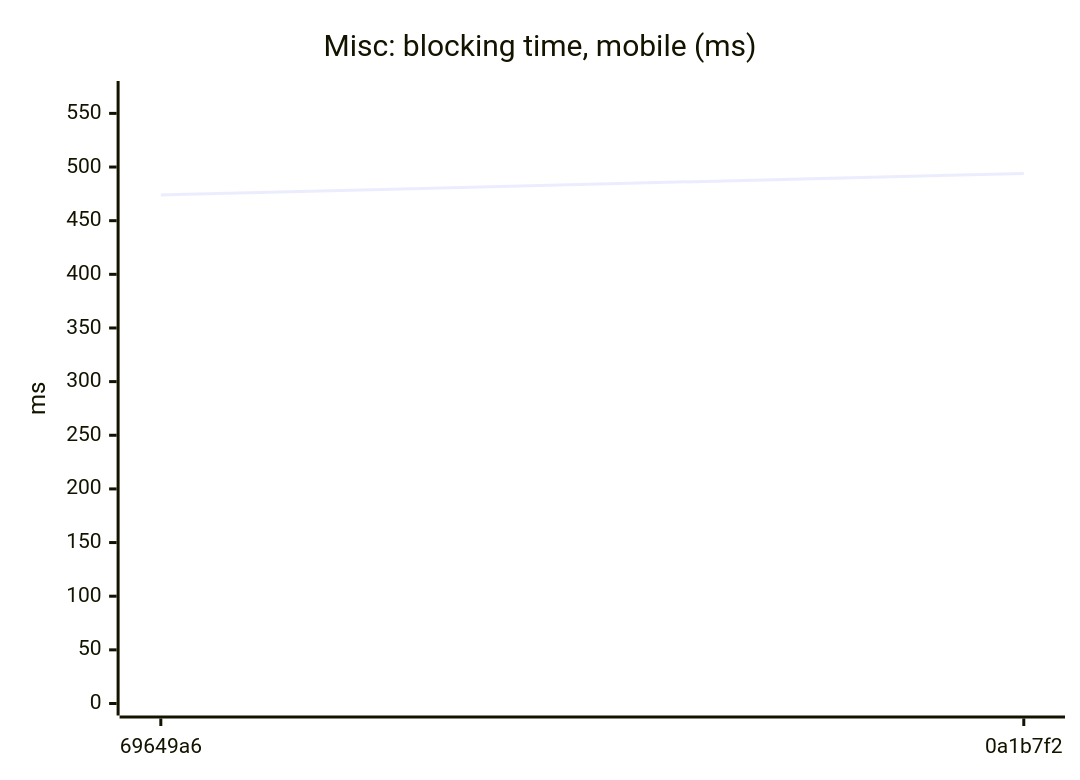
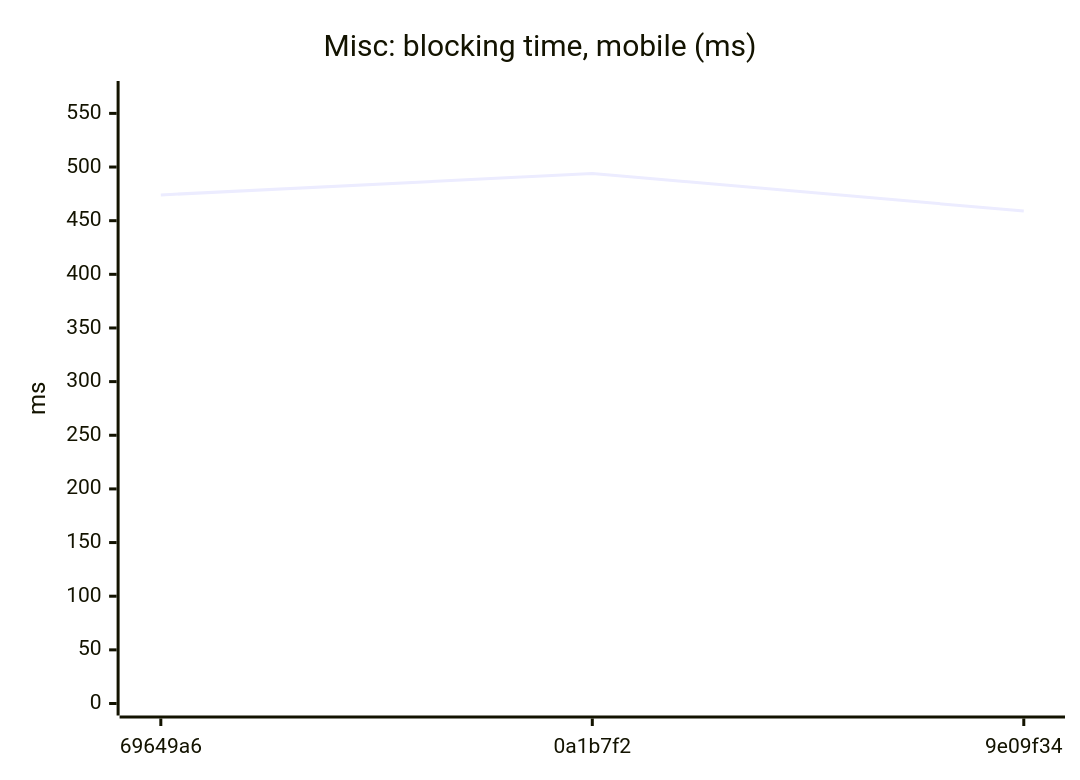
The eighth of 18 diagrams in README.md (AxelUser/maltsev.space), drawn with Mermaid before and after one commit. The commit also changed other lines of this file and 1 other file, not shown here.

````diff
--- a/README.md
+++ b/README.md
@@ -97,7 +97,7 @@
 ```mermaid
 xychart-beta
   title "Misc: blocking time, mobile (ms)"
-  x-axis ["69649a6", "0a1b7f2"]
+  x-axis ["69649a6", "0a1b7f2", "9e09f34"]
   y-axis "ms" 0 --> 569
-  line [474, 494]
+  line [474, 494, 459]
 ```
````
